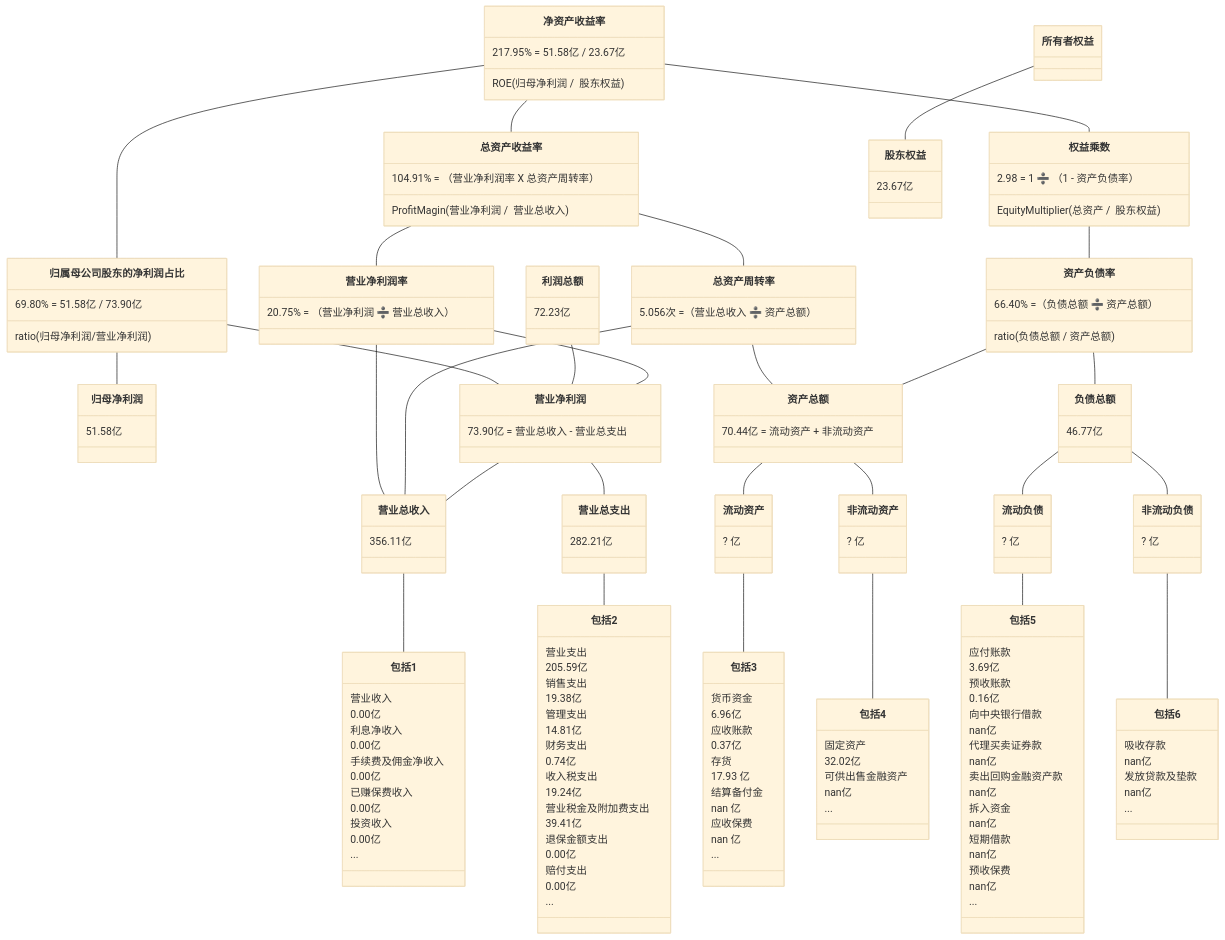
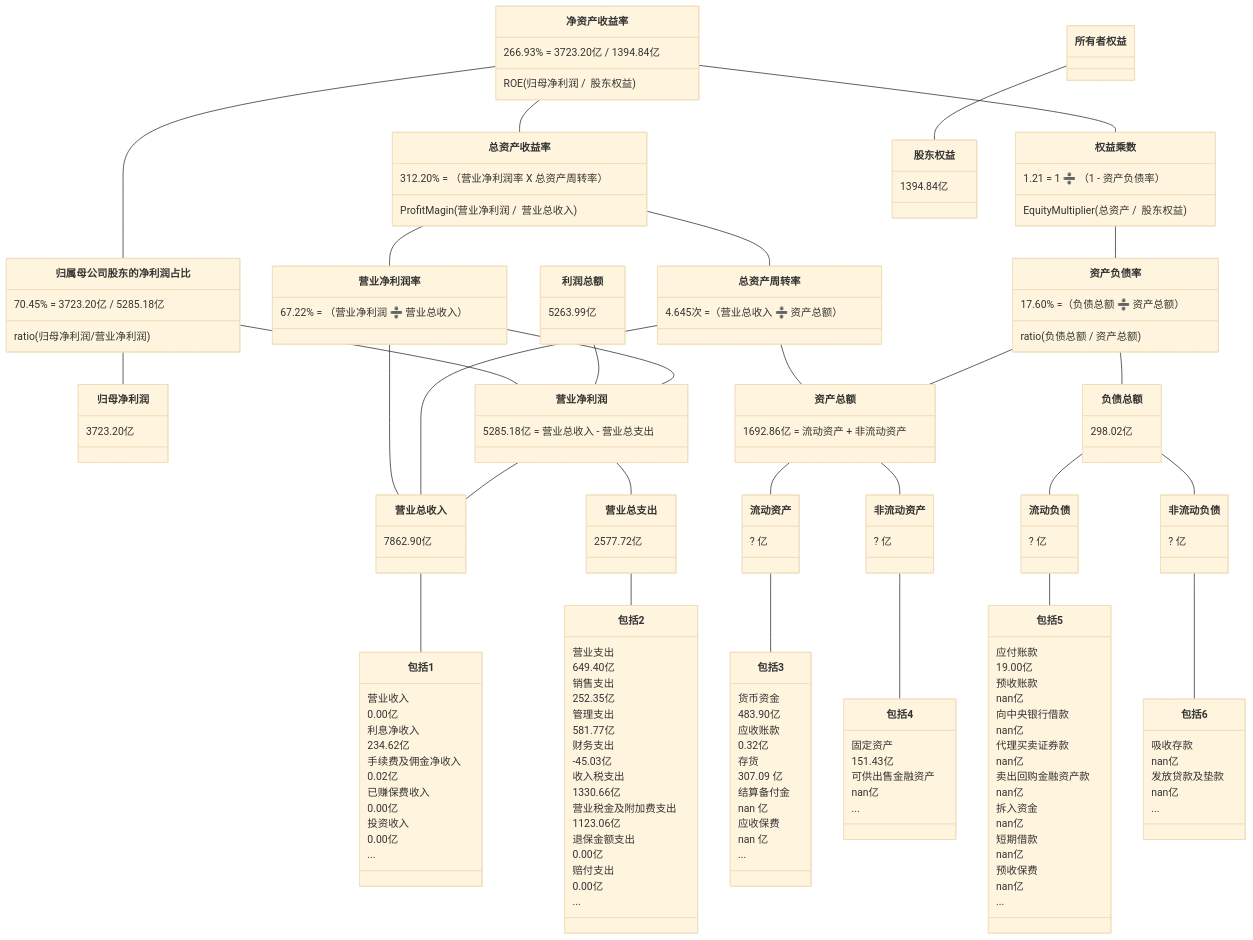
One commit to TheVeryDarkness/cs410 changed the sixth of 10 diagrams in 2/2.md. Above: the diagram before and after it, drawn with Mermaid (base theme). The commit also changed other lines of this file and 59 other files, not shown here.

````diff
--- a/2/2.md
+++ b/2/2.md
@@ -799,45 +823,45 @@
 ```mermaid
 classDiagram
 净资产收益率 -- 总资产收益率
-    净资产收益率 : 217.95% = 51.58亿 / 23.67亿
+    净资产收益率 : 266.93% = 3723.20亿 / 1394.84亿
     净资产收益率 : ROE(归母净利润 /  股东权益)
-    总资产收益率 : 104.91% = （营业净利润率 X 总资产周转率）
+    总资产收益率 : 312.20% = （营业净利润率 X 总资产周转率）
     总资产收益率 : ProfitMagin(营业净利润 /  营业总收入)
 净资产收益率 -- 归属母公司股东的净利润占比
-	  归属母公司股东的净利润占比 : 69.80% = 51.58亿 / 73.90亿
+	  归属母公司股东的净利润占比 : 70.45% = 3723.20亿 / 5285.18亿
 	  归属母公司股东的净利润占比 : ratio(归母净利润/营业净利润)
 归属母公司股东的净利润占比 -- 归母净利润
-    归母净利润 : 51.58亿
+    归母净利润 : 3723.20亿
 归属母公司股东的净利润占比 -- 营业净利润
-利润总额 : 72.23亿
+利润总额 : 5263.99亿
 利润总额 -- 营业净利润
 净资产收益率 -- 权益乘数
-    权益乘数 : 2.98 = 1 ➗ （1 - 资产负债率）
+    权益乘数 : 1.21 = 1 ➗ （1 - 资产负债率）
     权益乘数 : EquityMultiplier(总资产 /  股东权益)
 
 总资产收益率 -- 营业净利润率
-    营业净利润率 : 20.75% = （营业净利润 ➗ 营业总收入）
+    营业净利润率 : 67.22% = （营业净利润 ➗ 营业总收入）
 总资产收益率 -- 总资产周转率
-    总资产周转率 : 5.056次 =（营业总收入 ➗ 资产总额）
+    总资产周转率 : 4.645次 =（营业总收入 ➗ 资产总额）
 权益乘数 -- 资产负债率
-    资产负债率  : 66.40% =（负债总额 ➗ 资产总额）
+    资产负债率  : 17.60% =（负债总额 ➗ 资产总额）
     资产负债率  : ratio(负债总额 / 资产总额)
 
 营业净利润率 -- 营业净利润
-    营业净利润 : 73.90亿 = 营业总收入 - 营业总支出
+    营业净利润 : 5285.18亿 = 营业总收入 - 营业总支出
 营业净利润率 -- 营业总收入
 总资产周转率 -- 营业总收入
 总资产周转率 -- 资产总额
-    资产总额 : 70.44亿 = 流动资产 + 非流动资产
+    资产总额 : 1692.86亿 = 流动资产 + 非流动资产
 资产负债率 -- 负债总额
-    负债总额 : 46.77亿
+    负债总额 : 298.02亿
 资产负债率 -- 资产总额
 
 
 营业净利润 -- 营业总收入
-    营业总收入 : 356.11亿
+    营业总收入 : 7862.90亿
 营业净利润 -- 营业总支出
-    营业总支出 : 282.21亿
+    营业总支出 : 2577.72亿
 资产总额 -- 流动资产
 	  流动资产 : ? 亿
 资产总额 -- 非流动资产
@@ -851,9 +875,9 @@
     包括1 : 营业收入
     包括1 : 0.00亿
     包括1 : 利息净收入
-    包括1 : 0.00亿
+    包括1 : 234.62亿
     包括1 : 手续费及佣金净收入
-    包括1 : 0.00亿
+    包括1 : 0.02亿
     包括1 : 已赚保费收入
     包括1 : 0.00亿
     包括1 : 投资收入
@@ -861,17 +885,17 @@
     包括1 : ...
 营业总支出 -- 包括2
     包括2 : 营业支出
-    包括2 : 205.59亿
+    包括2 : 649.40亿
     包括2 : 销售支出
-    包括2 : 19.38亿
+    包括2 : 252.35亿
     包括2 : 管理支出
-    包括2 : 14.81亿
+    包括2 : 581.77亿
     包括2 : 财务支出
-    包括2 : 0.74亿
+    包括2 : -45.03亿
     包括2 : 收入税支出
-    包括2 : 19.24亿
+    包括2 : 1330.66亿
     包括2 : 营业税金及附加费支出
-    包括2 : 39.41亿
+    包括2 : 1123.06亿
     包括2 : 退保金额支出
     包括2 : 0.00亿
     包括2 : 赔付支出
@@ -879,11 +903,11 @@
     包括2 : ...
 流动资产 -- 包括3
     包括3 : 货币资金
-    包括3 : 6.96亿
+    包括3 : 483.90亿
     包括3 : 应收账款
-    包括3 : 0.37亿
+    包括3 : 0.32亿
     包括3 : 存货
-    包括3 : 17.93 亿
+    包括3 : 307.09 亿
     包括3 : 结算备付金
     包括3 : nan 亿
     包括3 : 应收保费
@@ -891,15 +915,15 @@
     包括3 : ...
 非流动资产 -- 包括4
     包括4 : 固定资产
-    包括4 : 32.02亿
+    包括4 : 151.43亿
     包括4 : 可供出售金融资产
     包括4 : nan亿
     包括4 : ...
 流动负债 -- 包括5
     包括5 : 应付账款
-    包括5 : 3.69亿
+    包括5 : 19.00亿
     包括5 : 预收账款
-    包括5 : 0.16亿
+    包括5 : nan亿
     包括5 : 向中央银行借款
     包括5 : nan亿
     包括5 : 代理买卖证券款
@@ -920,5 +944,5 @@
     包括6 : nan亿
     包括6 : ...
 所有者权益 -- 股东权益
-    股东权益 : 23.67亿
+    股东权益 : 1394.84亿
 ```
````
